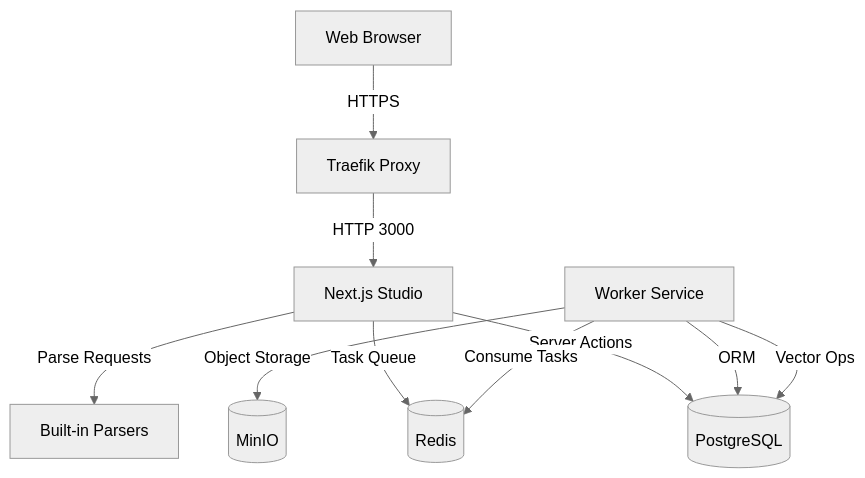
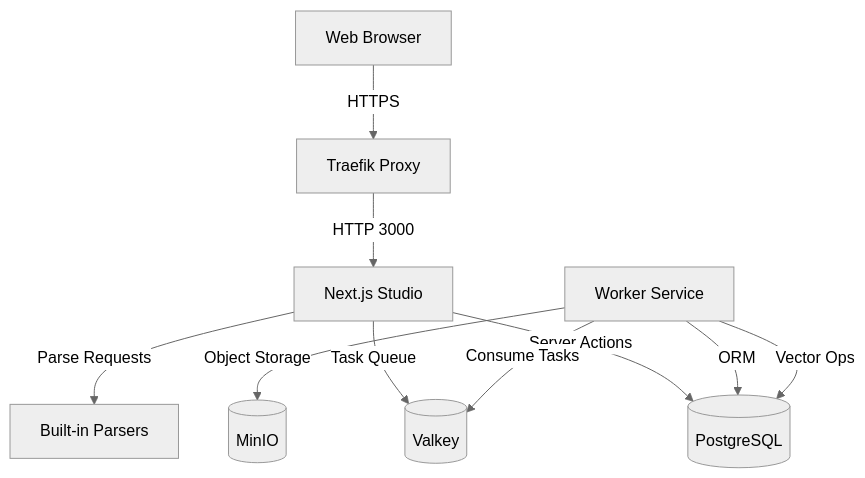
One commit to hint-lab/deeptrans-studio changed the diagram in README.md. Above: the diagram before and after it, drawn with Mermaid (neutral theme). The commit also changed other lines of this file and 34 other files, not shown here.

First line of the commit message:
refactor: update environment configuration and replace Redis with Valkey

````diff
--- a/README.md
+++ b/README.md
@@ -88,12 +88,12 @@
 ```mermaid
 graph TD
     Browser[Web Browser] -->|HTTPS| Traefik[Traefik Proxy]
     Traefik -->|HTTP 3000| Studio[Next.js Studio]
     Studio -->|Server Actions| Postgres[(PostgreSQL)]
-    Studio -->|Task Queue| Redis[(Redis)]
+    Studio -->|Task Queue| Valkey[(Valkey)]
     Studio -->|Parse Requests| Parser[Built-in Parsers]
-    Worker[Worker Service] -->|Consume Tasks| Redis
+    Worker[Worker Service] -->|Consume Tasks| Valkey
     Worker -->|ORM| Postgres
     Worker -->|Vector Ops| Postgres
     Worker -->|Object Storage| MinIO[(MinIO)]
 ```
````
